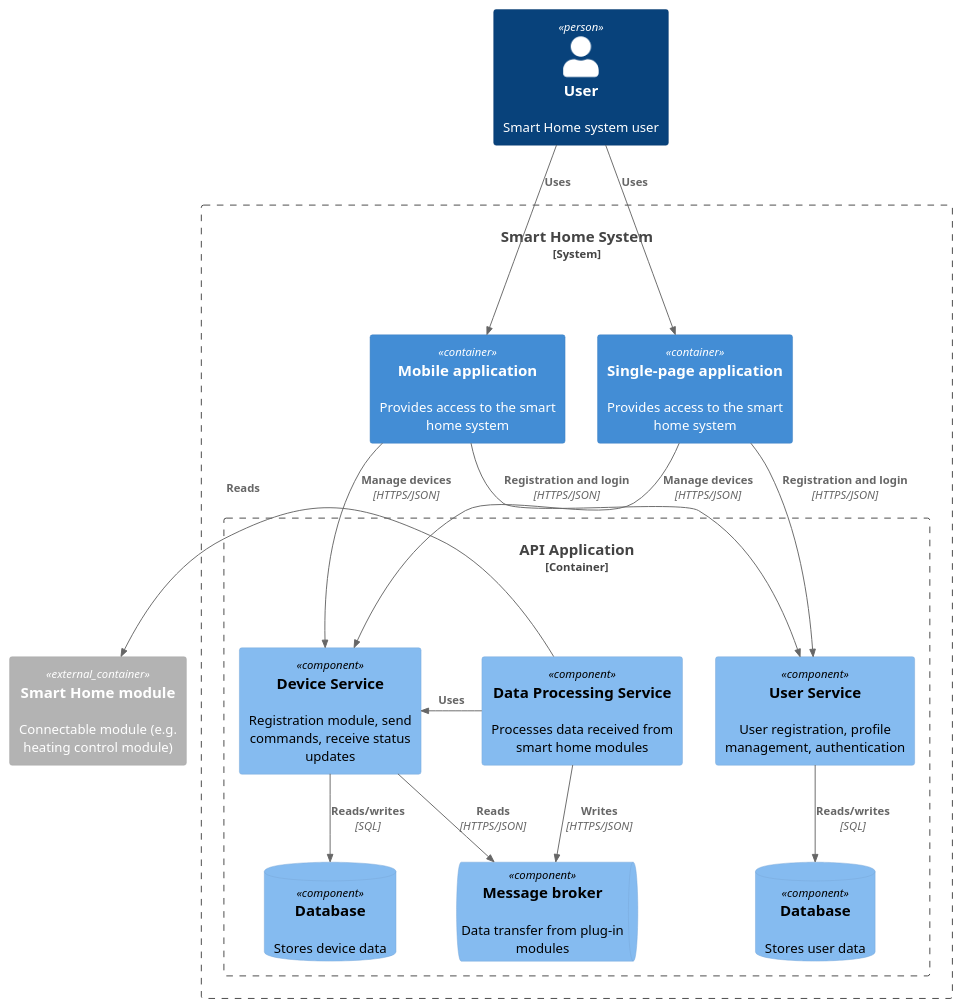
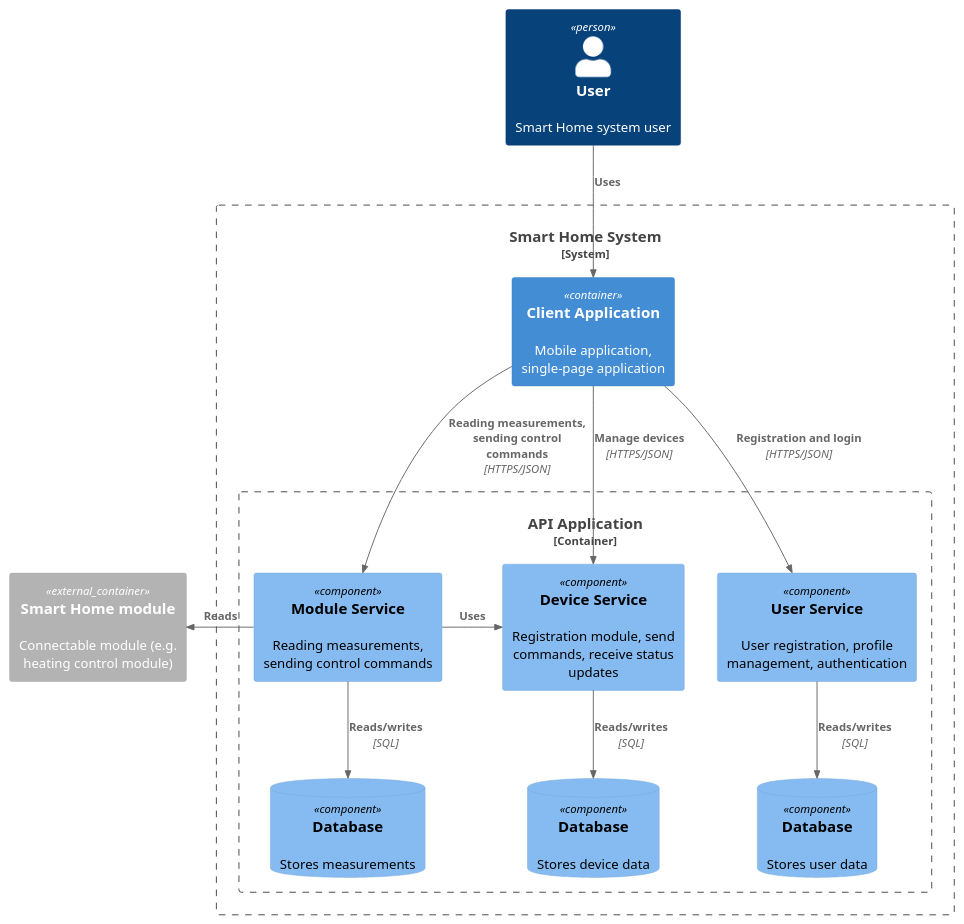
The diagram in diagram/component/SmartHome_Component.puml (Madm1key/architecture-warmhouse), drawn with PlantUML before and after one commit. The commit also changed 4 other files, not shown here.

Commit message:
doc: обновлены диаграммы компонентов и сервисов для улучшения структуры и взаимодействия

```diff
--- a/diagram/component/SmartHome_Component.puml
+++ b/diagram/component/SmartHome_Component.puml
@@ -1,42 +1,35 @@
 @startuml
 !include https://raw.githubusercontent.com/plantuml-stdlib/C4-PlantUML/master/C4_Component.puml
 
 Person(user, "User", "Smart Home system user")
 
 System_Boundary(s, "Smart Home System") {
-  Container(mobileApp, "Mobile application", $descr="Provides access to the smart home system")
-  Container(spa, "Single-page application", $descr="Provides access to the smart home system")
+  Container(client, "Client Application", $descr="Mobile application, single-page application")
 
   Container_Boundary(app, "API Application") {
     Component(userService, "User Service", $descr="User registration, profile management, authentication")
-    Component(dataProcService, "Data Processing Service", $descr="Processes data received from smart home modules")
+    Component(moduleService, "Module Service", $descr="Reading measurements, sending control commands")
     Component(deviceService, "Device Service", $descr="Registration module, send commands, receive status updates")
-
-    ComponentQueue(broker, "Message broker", $descr="Data transfer from plug-in modules")
 
     ComponentDb(userDb, "Database", $descr="Stores user data")
     ComponentDb(deviceDb, "Database", $descr="Stores device data")
+    ComponentDb(moduleDb, "Database", $descr="Stores measurements")
   }
 
 }
 
 Container_Ext(module, "Smart Home module", $descr="Connectable module (e.g. heating control module)")
 
-Rel(user, mobileApp, "Uses")
-Rel(user, spa, "Uses")
+Rel(user, client, "Uses")
 
-Rel(mobileApp, userService, "Registration and login", "HTTPS/JSON")
-Rel(mobileApp, deviceService, "Manage devices", "HTTPS/JSON")
+Rel(client, userService, "Registration and login", "HTTPS/JSON")
+Rel(client, deviceService, "Manage devices", "HTTPS/JSON")
+Rel(client, moduleService, "Reading measurements, sending control commands", "HTTPS/JSON")
 
-Rel(spa, userService, "Registration and login", "HTTPS/JSON")
-Rel(spa, deviceService, "Manage devices", "HTTPS/JSON")
-
-Rel_L(dataProcService, module, "Reads")
-Rel_R(dataProcService, deviceService, "Uses")
-
-Rel(dataProcService, broker, "Writes",  "HTTPS/JSON")
-Rel(deviceService, broker, "Reads", "HTTPS/JSON")
+Rel_L(moduleService, module, "Reads")
+Rel_Neighbor(moduleService, deviceService, "Uses")
 
 Rel(userService, userDb, "Reads/writes", "SQL")
 Rel(deviceService, deviceDb, "Reads/writes", "SQL")
+Rel(moduleService, moduleDb, "Reads/writes", "SQL")
 @enduml
```
